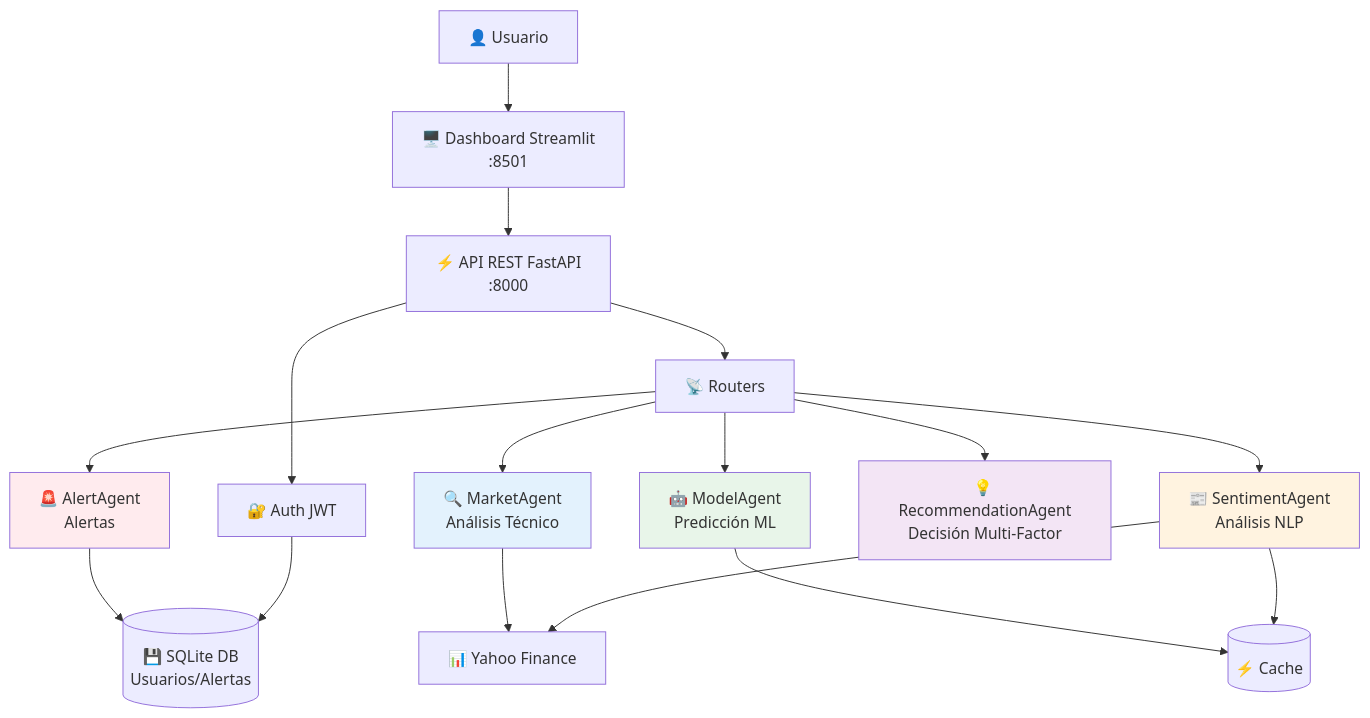
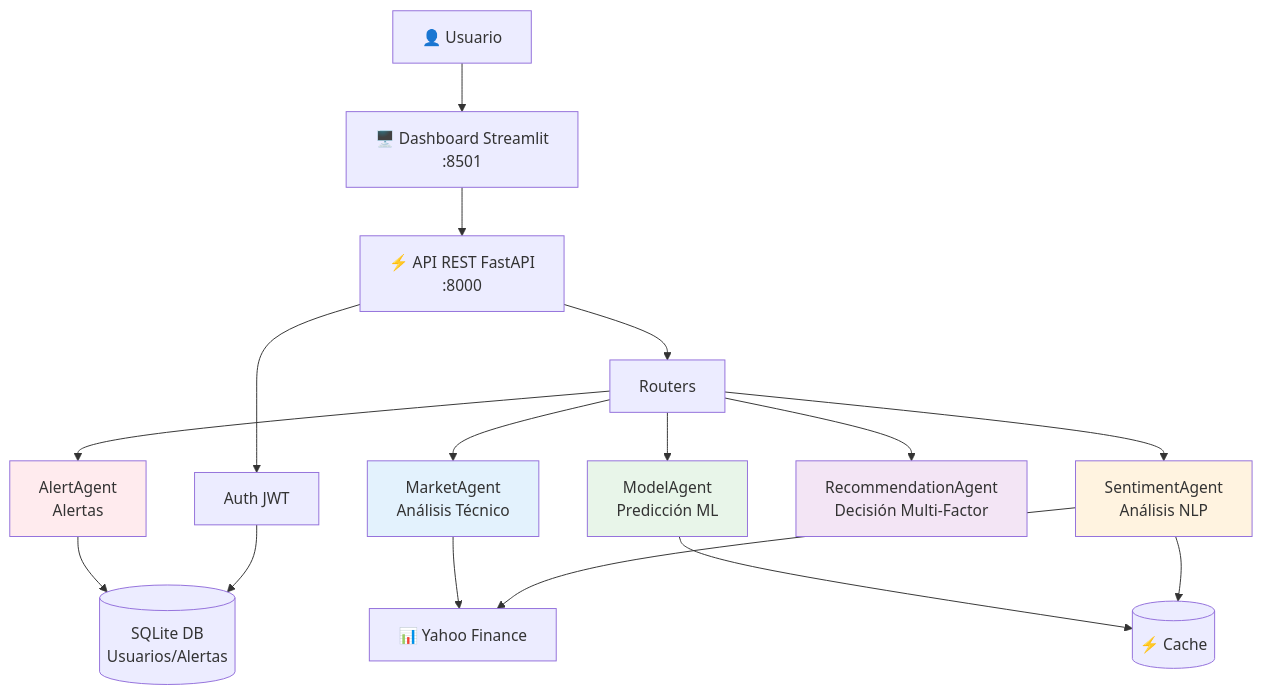
Before and after one commit to fabianacid/TP_Final: the diagram in README.md, drawn with Mermaid. The commit also changed other lines of this file, not shown here.

````diff
--- a/README.md
+++ b/README.md
@@ -53,27 +53,27 @@
 ```mermaid
 graph TB
     User[👤 Usuario] --> Dashboard[🖥️ Dashboard Streamlit<br/>:8501]
     Dashboard --> API[⚡ API REST FastAPI<br/>:8000]
-    API --> Auth[🔐 Auth JWT]
-    API --> Router1[📡 Routers]
+    API --> Auth[ Auth JWT]
+    API --> Router1[ Routers]
 
-    Router1 --> MA[🔍 MarketAgent<br/>Análisis Técnico]
-    Router1 --> MOA[🤖 ModelAgent<br/>Predicción ML]
-    Router1 --> SA[📰 SentimentAgent<br/>Análisis NLP]
-    Router1 --> RA[💡 RecommendationAgent<br/>Decisión Multi-Factor]
-    Router1 --> AA[🚨 AlertAgent<br/>Alertas]
+    Router1 --> MA[ MarketAgent<br/>Análisis Técnico]
+    Router1 --> MOA[ ModelAgent<br/>Predicción ML]
+    Router1 --> SA[ SentimentAgent<br/>Análisis NLP]
+    Router1 --> RA[ RecommendationAgent<br/>Decisión Multi-Factor]
+    Router1 --> AA[ AlertAgent<br/>Alertas]
 
     MA --> YF[📊 Yahoo Finance]
     SA --> YF
     MOA --> Cache[(⚡ Cache)]
     SA --> Cache
 
-    AA --> DB[(💾 SQLite DB<br/>Usuarios/Alertas)]
+    AA --> DB[( SQLite DB<br/>Usuarios/Alertas)]
     Auth --> DB
 
     style MA fill:#e3f2fd
     style MOA fill:#e8f5e9
     style SA fill:#fff3e0
     style RA fill:#f3e5f5
     style AA fill:#ffebee
 ```
````
